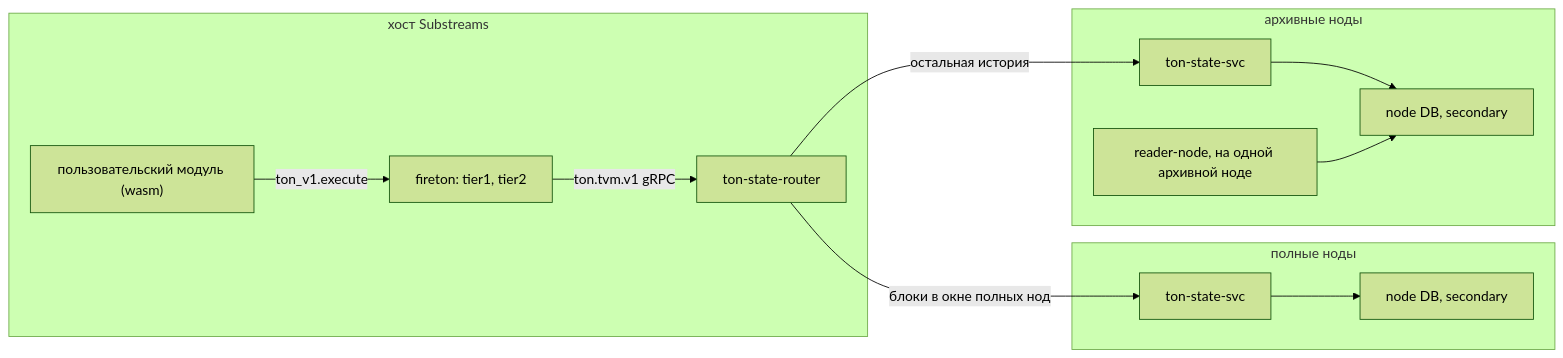
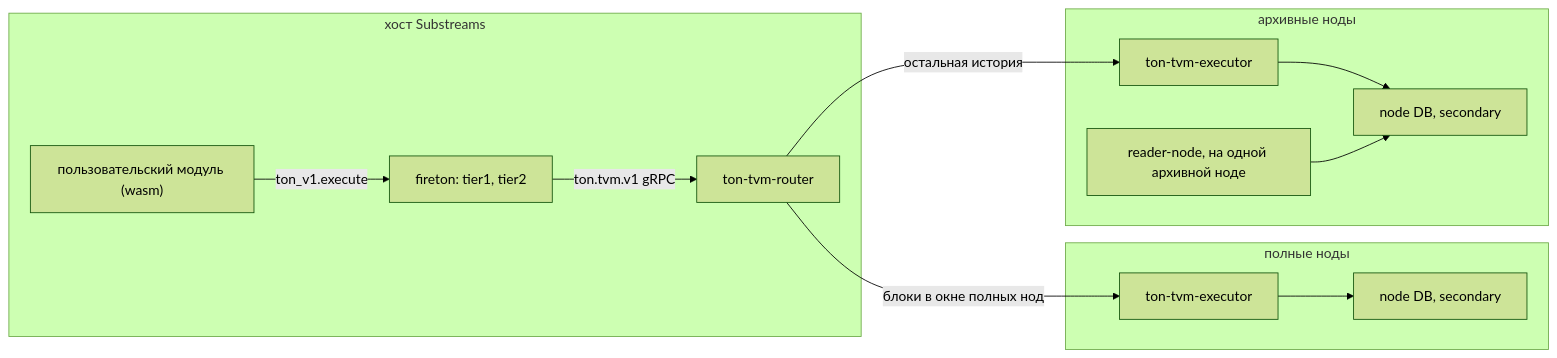
Before and after one commit to toncenter/ton-indexer: the diagram in ton-index-worker/ton-index-firehose/substreams-tvm.md, drawn with Mermaid (forest theme). The commit also changed other lines of this file and 30 other files, not shown here.

Commit message:
tvm executor

````diff
--- a/ton-index-worker/ton-index-firehose/substreams-tvm.md
+++ b/ton-index-worker/ton-index-firehose/substreams-tvm.md
@@ -119,19 +120,19 @@
 ```mermaid
 flowchart LR
     subgraph Substreams["хост Substreams"]
         Module["пользовательский модуль (wasm)"]
         Tier["fireton: tier1, tier2"]
-        Router["ton-state-router"]
+        Router["ton-tvm-router"]
         Module -- "ton_v1.execute" --> Tier
         Tier -- "ton.tvm.v1 gRPC" --> Router
     end
     subgraph Full["полные ноды"]
-        SvcF["ton-state-svc"] --> DbF["node DB, secondary"]
+        SvcF["ton-tvm-executor"] --> DbF["node DB, secondary"]
     end
     subgraph Archive["архивные ноды"]
-        SvcA["ton-state-svc"] --> DbA["node DB, secondary"]
+        SvcA["ton-tvm-executor"] --> DbA["node DB, secondary"]
         Reader["reader-node, на одной архивной ноде"] --> DbA
     end
     Router -- "блоки в окне полных нод" --> SvcF
     Router -- "остальная история" --> SvcA
 ```
````
